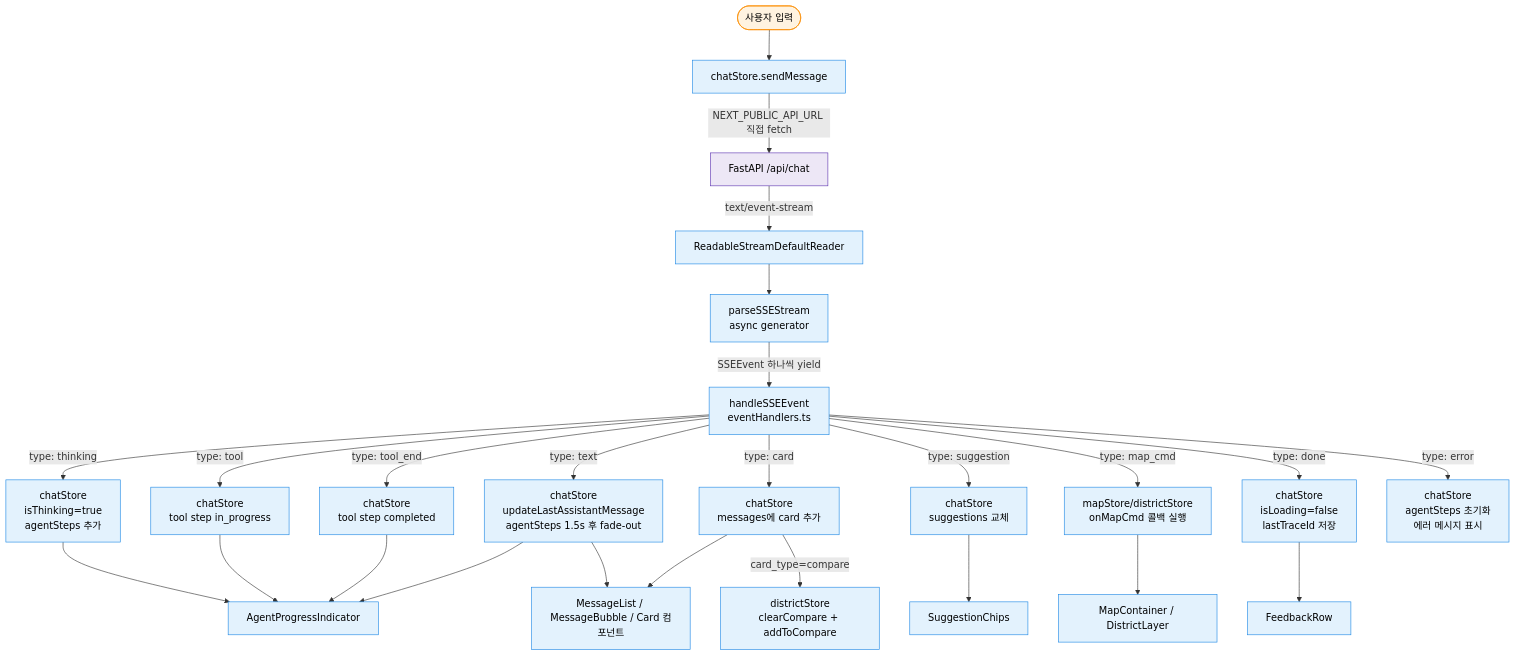
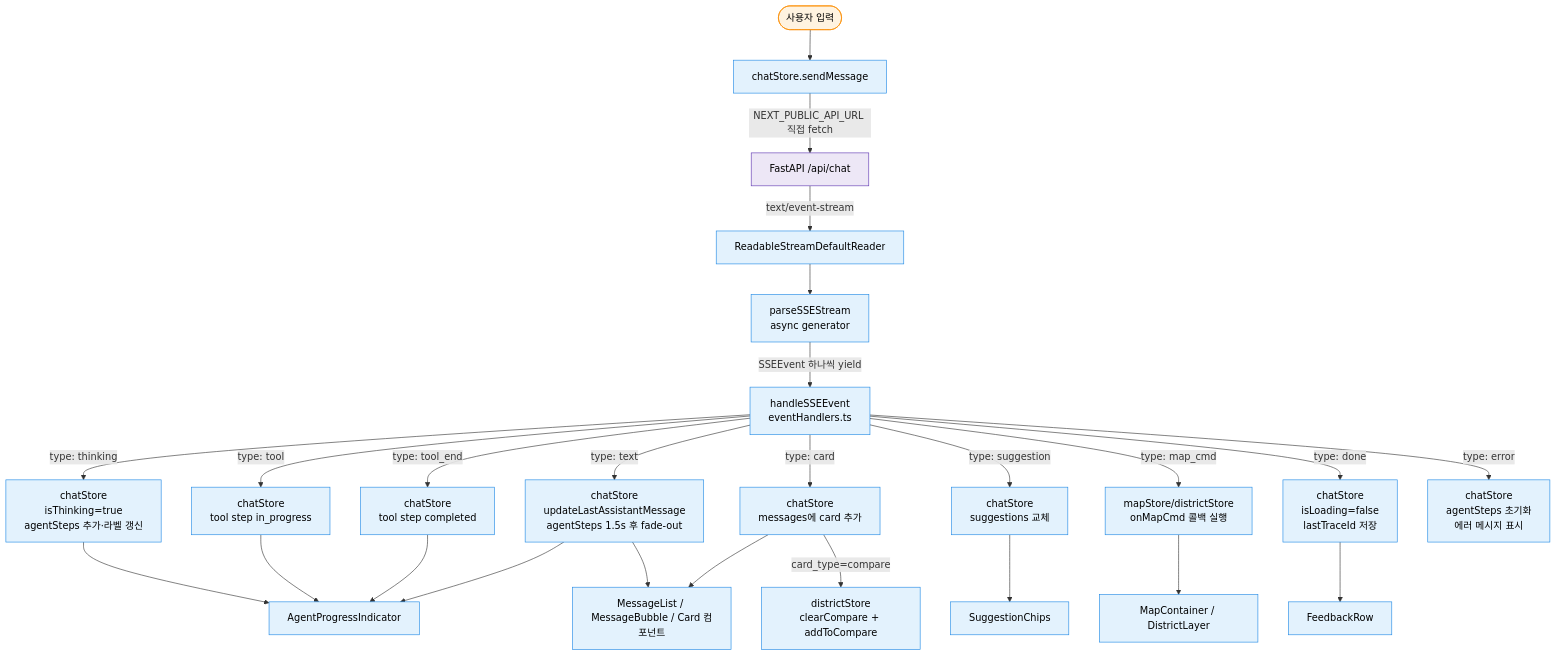
One commit to SJayKim/Catchment-Area-Analysis changed the first of 2 diagrams in docs/learning/02-프론트엔드-화면.md. Above: the diagram before and after it, drawn with Mermaid. The commit also changed other lines of this file and 9 other files, not shown here.

````diff
--- a/docs/learning/02-프론트엔드-화면.md
+++ b/docs/learning/02-프론트엔드-화면.md
@@ -21,33 +21,33 @@
 ```mermaid
 flowchart TD
     USER([사용자 입력]) --> SM["chatStore.sendMessage"]
     SM -->|NEXT_PUBLIC_API_URL 직접 fetch| BE["FastAPI /api/chat"]
     BE -->|text/event-stream| READER["ReadableStreamDefaultReader"]
     READER --> PARSER["parseSSEStream<br/>async generator"]
 
     PARSER -->|SSEEvent 하나씩 yield| HANDLER["handleSSEEvent<br/>eventHandlers.ts"]
 
-    HANDLER -->|type: thinking| CS1["chatStore<br/>isThinking=true<br/>agentSteps 추가"]
+    HANDLER -->|type: thinking| CS1["chatStore<br/>isThinking=true<br/>agentSteps 추가·라벨 갱신"]
     HANDLER -->|type: tool| CS3["chatStore<br/>tool step in_progress"]
     HANDLER -->|type: tool_end| CS4["chatStore<br/>tool step completed"]
     HANDLER -->|type: text| CS5["chatStore<br/>updateLastAssistantMessage<br/>agentSteps 1.5s 후 fade-out"]
     HANDLER -->|type: card| CS6["chatStore<br/>messages에 card 추가"]
     CS6 -->|card_type=compare| DS["districtStore<br/>clearCompare + addToCompare"]
     HANDLER -->|type: suggestion| CS7["chatStore<br/>suggestions 교체"]
     HANDLER -->|type: map_cmd| MS["mapStore/districtStore<br/>onMapCmd 콜백 실행"]
     HANDLER -->|type: done| CS8["chatStore<br/>isLoading=false<br/>lastTraceId 저장"]
     HANDLER -->|type: error| CS9["chatStore<br/>agentSteps 초기화<br/>에러 메시지 표시"]
 
     CS1 & CS3 & CS4 & CS5 --> API["AgentProgressIndicator"]
     CS5 & CS6 --> ML["MessageList / MessageBubble / Card 컴포넌트"]
     CS7 --> SC["SuggestionChips"]
     MS --> MAP["MapContainer / DistrictLayer"]
     CS8 --> FR["FeedbackRow"]
 
     classDef fe fill:#e3f2fd,stroke:#1e88e5,color:#000
     classDef be fill:#ede7f6,stroke:#5e35b1,color:#000
     classDef ext fill:#fff3e0,stroke:#fb8c00,color:#000
     class SM,READER,PARSER,HANDLER,CS1,CS3,CS4,CS5,CS6,CS7,CS8,CS9,DS,MS,API,ML,SC,MAP,FR fe
     class BE be
     class USER ext
 ```
````
